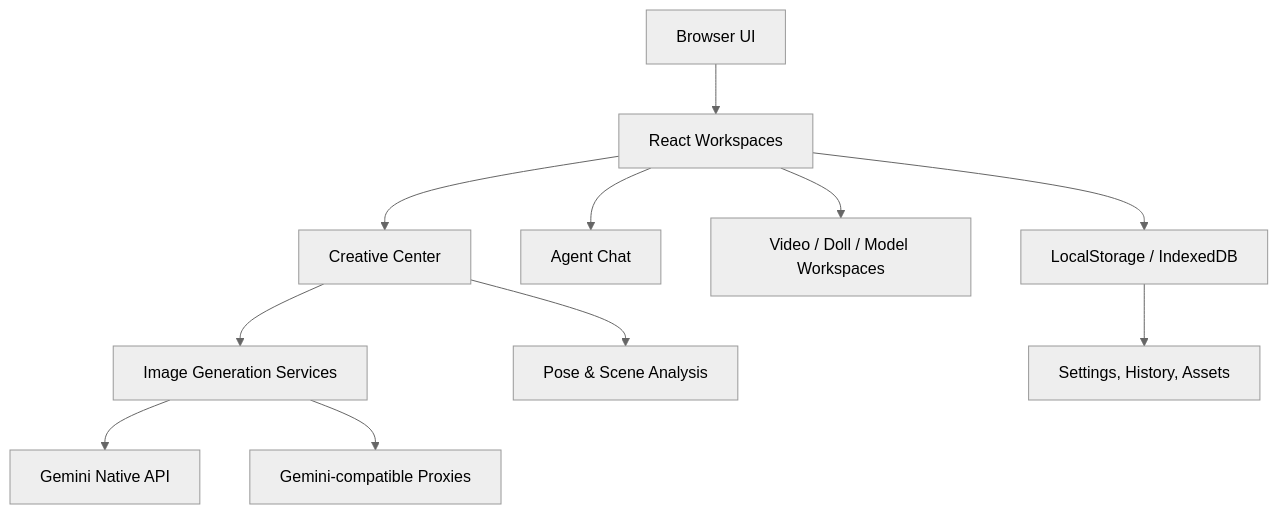
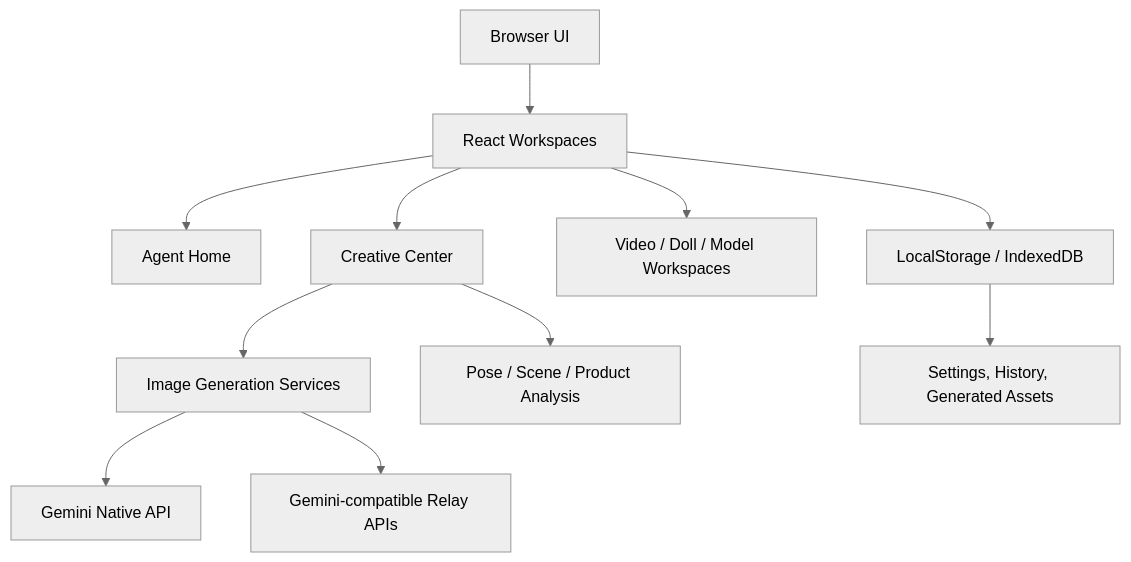
Before and after one commit to xiaoche097/xc-studio-canvas: the diagram in README.md, drawn with Mermaid (neutral theme). The commit also changed other lines of this file and 1 other file, not shown here.

````diff
--- a/README.md
+++ b/README.md
@@ -70,13 +124,13 @@
 ```mermaid
 flowchart TD
     A[Browser UI] --> B[React Workspaces]
-    B --> C[Creative Center]
-    B --> D[Agent Chat]
+    B --> C[Agent Home]
+    B --> D[Creative Center]
     B --> E[Video / Doll / Model Workspaces]
-    C --> F[Image Generation Services]
-    C --> G[Pose & Scene Analysis]
+    D --> F[Image Generation Services]
+    D --> G[Pose / Scene / Product Analysis]
     F --> H[Gemini Native API]
-    F --> I[Gemini-compatible Proxies]
+    F --> I[Gemini-compatible Relay APIs]
     B --> J[LocalStorage / IndexedDB]
-    J --> K[Settings, History, Assets]
+    J --> K[Settings, History, Generated Assets]
 ```
````
